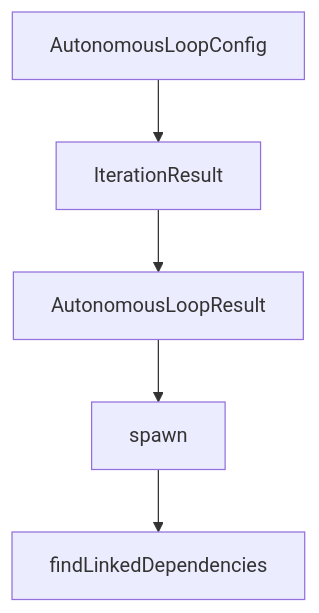
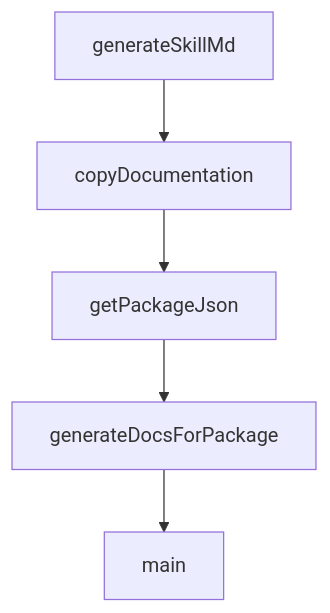
The diagram in tutorials/mastra-tutorial/08-production-deployment-and-scaling.md (johnxie/awesome-code-docs), drawn with Mermaid before and after one commit. The commit also changed other lines of this file and 1232 other files, not shown here.

````diff
--- a/tutorials/mastra-tutorial/08-production-deployment-and-scaling.md
+++ b/tutorials/mastra-tutorial/08-production-deployment-and-scaling.md
@@ -218,12 +218,12 @@
 ```mermaid
 flowchart TD
-    A[AutonomousLoopConfig]
-    B[IterationResult]
-    C[AutonomousLoopResult]
-    D[spawn]
-    E[findLinkedDependencies]
+    A[generateSkillMd]
+    B[copyDocumentation]
+    C[getPackageJson]
+    D[generateDocsForPackage]
+    E[main]
     A --> B
     B --> C
     C --> D
     D --> E
 ```
````
